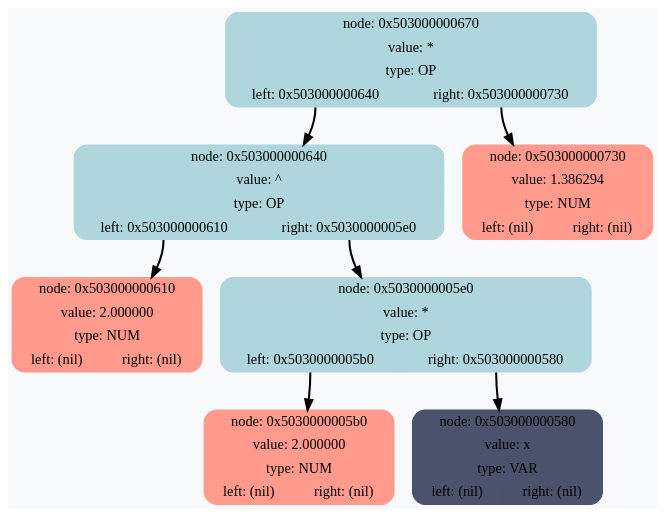
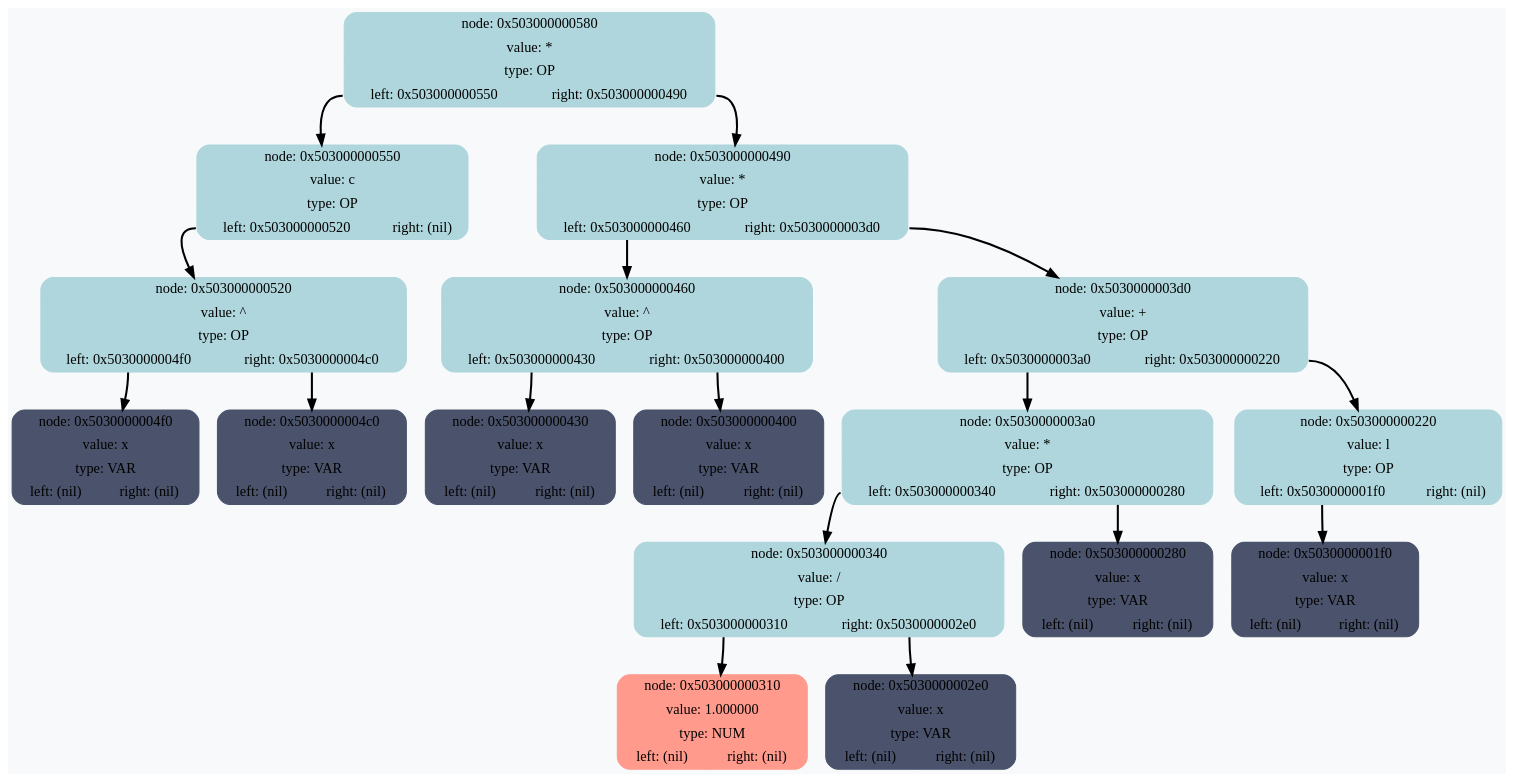
One commit to RTCupid/Differentiator changed the diagram in DiffDump.dot. Above: the diagram before and after it, drawn with Graphviz. The commit also changed 12 other files, not shown here.

```diff
--- a/DiffDump.dot
+++ b/DiffDump.dot
@@ -1,17 +1,37 @@
 digraph G {
 	rankdir = HR;
 	bgcolor="#F7F9FB"
-	 node0x503000000670 [shape=Mrecord; style=filled; color="#aed6dc"; label =  "{node: 0x503000000670 | value: * | type: OP | {<left>left: 0x503000000640 | <right>right: 0x503000000730}  }" ];
-	 node0x503000000670:<left> -> node0x503000000640 [style=bold; weight=1000; ];
-	 node0x503000000670:<right> -> node0x503000000730 [style=bold; weight=1000; ];
-	 node0x503000000640 [shape=Mrecord; style=filled; color="#aed6dc"; label =  "{node: 0x503000000640 | value: ^ | type: OP | {<left>left: 0x503000000610 | <right>right: 0x5030000005e0}  }" ];
-	 node0x503000000640:<left> -> node0x503000000610 [style=bold; weight=1000; ];
-	 node0x503000000640:<right> -> node0x5030000005e0 [style=bold; weight=1000; ];
-	 node0x503000000610 [shape=Mrecord; style=filled; color="#ff9a8d"; label =  "{node: 0x503000000610 | value: 2.000000 | type: NUM | {<left>left: (nil) | <right>right: (nil)}  }" ];
-	 node0x5030000005e0 [shape=Mrecord; style=filled; color="#aed6dc"; label =  "{node: 0x5030000005e0 | value: * | type: OP | {<left>left: 0x5030000005b0 | <right>right: 0x503000000580}  }" ];
-	 node0x5030000005e0:<left> -> node0x5030000005b0 [style=bold; weight=1000; ];
-	 node0x5030000005e0:<right> -> node0x503000000580 [style=bold; weight=1000; ];
-	 node0x5030000005b0 [shape=Mrecord; style=filled; color="#ff9a8d"; label =  "{node: 0x5030000005b0 | value: 2.000000 | type: NUM | {<left>left: (nil) | <right>right: (nil)}  }" ];
-	 node0x503000000580 [shape=Mrecord; style=filled; color="#4a536b"; label =  "{node: 0x503000000580 | value: x | type: VAR | {<left>left: (nil) | <right>right: (nil)}  }" ];
-	 node0x503000000730 [shape=Mrecord; style=filled; color="#ff9a8d"; label =  "{node: 0x503000000730 | value: 1.386294 | type: NUM | {<left>left: (nil) | <right>right: (nil)}  }" ];
+	 node0x503000000580 [shape=Mrecord; style=filled; color="#aed6dc"; label =  "{node: 0x503000000580 | value: * | type: OP | {<left>left: 0x503000000550 | <right>right: 0x503000000490}  }" ];
+	 node0x503000000580:<left> -> node0x503000000550 [style=bold; weight=1000; ];
+	 node0x503000000580:<right> -> node0x503000000490 [style=bold; weight=1000; ];
+	 node0x503000000550 [shape=Mrecord; style=filled; color="#aed6dc"; label =  "{node: 0x503000000550 | value: c | type: OP | {<left>left: 0x503000000520 | <right>right: (nil)}  }" ];
+	 node0x503000000550:<left> -> node0x503000000520 [style=bold; weight=1000; ];
+	 node0x503000000520 [shape=Mrecord; style=filled; color="#aed6dc"; label =  "{node: 0x503000000520 | value: ^ | type: OP | {<left>left: 0x5030000004f0 | <right>right: 0x5030000004c0}  }" ];
+	 node0x503000000520:<left> -> node0x5030000004f0 [style=bold; weight=1000; ];
+	 node0x503000000520:<right> -> node0x5030000004c0 [style=bold; weight=1000; ];
+	 node0x5030000004f0 [shape=Mrecord; style=filled; color="#4a536b"; label =  "{node: 0x5030000004f0 | value: x | type: VAR | {<left>left: (nil) | <right>right: (nil)}  }" ];
+	 node0x5030000004c0 [shape=Mrecord; style=filled; color="#4a536b"; label =  "{node: 0x5030000004c0 | value: x | type: VAR | {<left>left: (nil) | <right>right: (nil)}  }" ];
+	 node0x503000000490 [shape=Mrecord; style=filled; color="#aed6dc"; label =  "{node: 0x503000000490 | value: * | type: OP | {<left>left: 0x503000000460 | <right>right: 0x5030000003d0}  }" ];
+	 node0x503000000490:<left> -> node0x503000000460 [style=bold; weight=1000; ];
+	 node0x503000000490:<right> -> node0x5030000003d0 [style=bold; weight=1000; ];
+	 node0x503000000460 [shape=Mrecord; style=filled; color="#aed6dc"; label =  "{node: 0x503000000460 | value: ^ | type: OP | {<left>left: 0x503000000430 | <right>right: 0x503000000400}  }" ];
+	 node0x503000000460:<left> -> node0x503000000430 [style=bold; weight=1000; ];
+	 node0x503000000460:<right> -> node0x503000000400 [style=bold; weight=1000; ];
+	 node0x503000000430 [shape=Mrecord; style=filled; color="#4a536b"; label =  "{node: 0x503000000430 | value: x | type: VAR | {<left>left: (nil) | <right>right: (nil)}  }" ];
+	 node0x503000000400 [shape=Mrecord; style=filled; color="#4a536b"; label =  "{node: 0x503000000400 | value: x | type: VAR | {<left>left: (nil) | <right>right: (nil)}  }" ];
+	 node0x5030000003d0 [shape=Mrecord; style=filled; color="#aed6dc"; label =  "{node: 0x5030000003d0 | value: + | type: OP | {<left>left: 0x5030000003a0 | <right>right: 0x503000000220}  }" ];
+	 node0x5030000003d0:<left> -> node0x5030000003a0 [style=bold; weight=1000; ];
+	 node0x5030000003d0:<right> -> node0x503000000220 [style=bold; weight=1000; ];
+	 node0x5030000003a0 [shape=Mrecord; style=filled; color="#aed6dc"; label =  "{node: 0x5030000003a0 | value: * | type: OP | {<left>left: 0x503000000340 | <right>right: 0x503000000280}  }" ];
+	 node0x5030000003a0:<left> -> node0x503000000340 [style=bold; weight=1000; ];
+	 node0x5030000003a0:<right> -> node0x503000000280 [style=bold; weight=1000; ];
+	 node0x503000000340 [shape=Mrecord; style=filled; color="#aed6dc"; label =  "{node: 0x503000000340 | value: / | type: OP | {<left>left: 0x503000000310 | <right>right: 0x5030000002e0}  }" ];
+	 node0x503000000340:<left> -> node0x503000000310 [style=bold; weight=1000; ];
+	 node0x503000000340:<right> -> node0x5030000002e0 [style=bold; weight=1000; ];
+	 node0x503000000310 [shape=Mrecord; style=filled; color="#ff9a8d"; label =  "{node: 0x503000000310 | value: 1.000000 | type: NUM | {<left>left: (nil) | <right>right: (nil)}  }" ];
+	 node0x5030000002e0 [shape=Mrecord; style=filled; color="#4a536b"; label =  "{node: 0x5030000002e0 | value: x | type: VAR | {<left>left: (nil) | <right>right: (nil)}  }" ];
+	 node0x503000000280 [shape=Mrecord; style=filled; color="#4a536b"; label =  "{node: 0x503000000280 | value: x | type: VAR | {<left>left: (nil) | <right>right: (nil)}  }" ];
+	 node0x503000000220 [shape=Mrecord; style=filled; color="#aed6dc"; label =  "{node: 0x503000000220 | value: l | type: OP | {<left>left: 0x5030000001f0 | <right>right: (nil)}  }" ];
+	 node0x503000000220:<left> -> node0x5030000001f0 [style=bold; weight=1000; ];
+	 node0x5030000001f0 [shape=Mrecord; style=filled; color="#4a536b"; label =  "{node: 0x5030000001f0 | value: x | type: VAR | {<left>left: (nil) | <right>right: (nil)}  }" ];
 }
```
